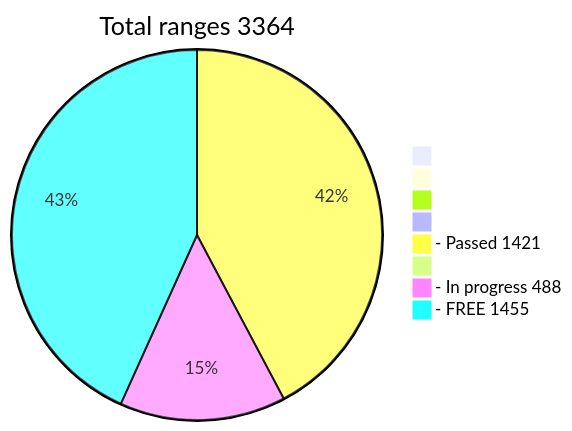
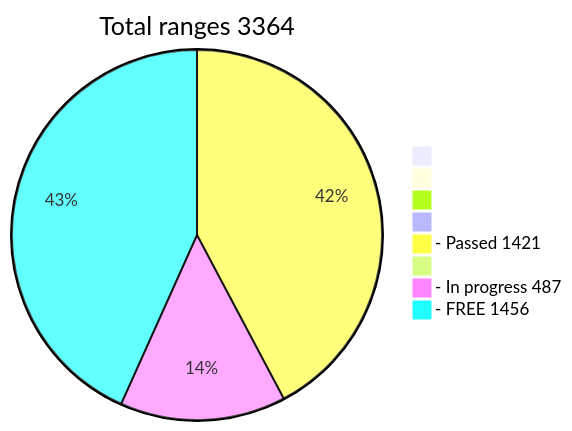
Before and after one commit to phrutis/wif500: the diagram in README.md, drawn with Mermaid.

````diff
--- a/README.md
+++ b/README.md
@@ -16,12 +16,12 @@
 ```mermaid
 pie title Total ranges 3364
              " " : 0
             "  " : 0
            "   " : 0
           "    " : 0
   "- Passed 1421" : 1421
          "     " : 0
-  "- In progress 488" : 488
-   "- FREE 1455" : 1455
+  "- In progress 487" : 487
+   "- FREE 1456" : 1456
    
 ```
````
